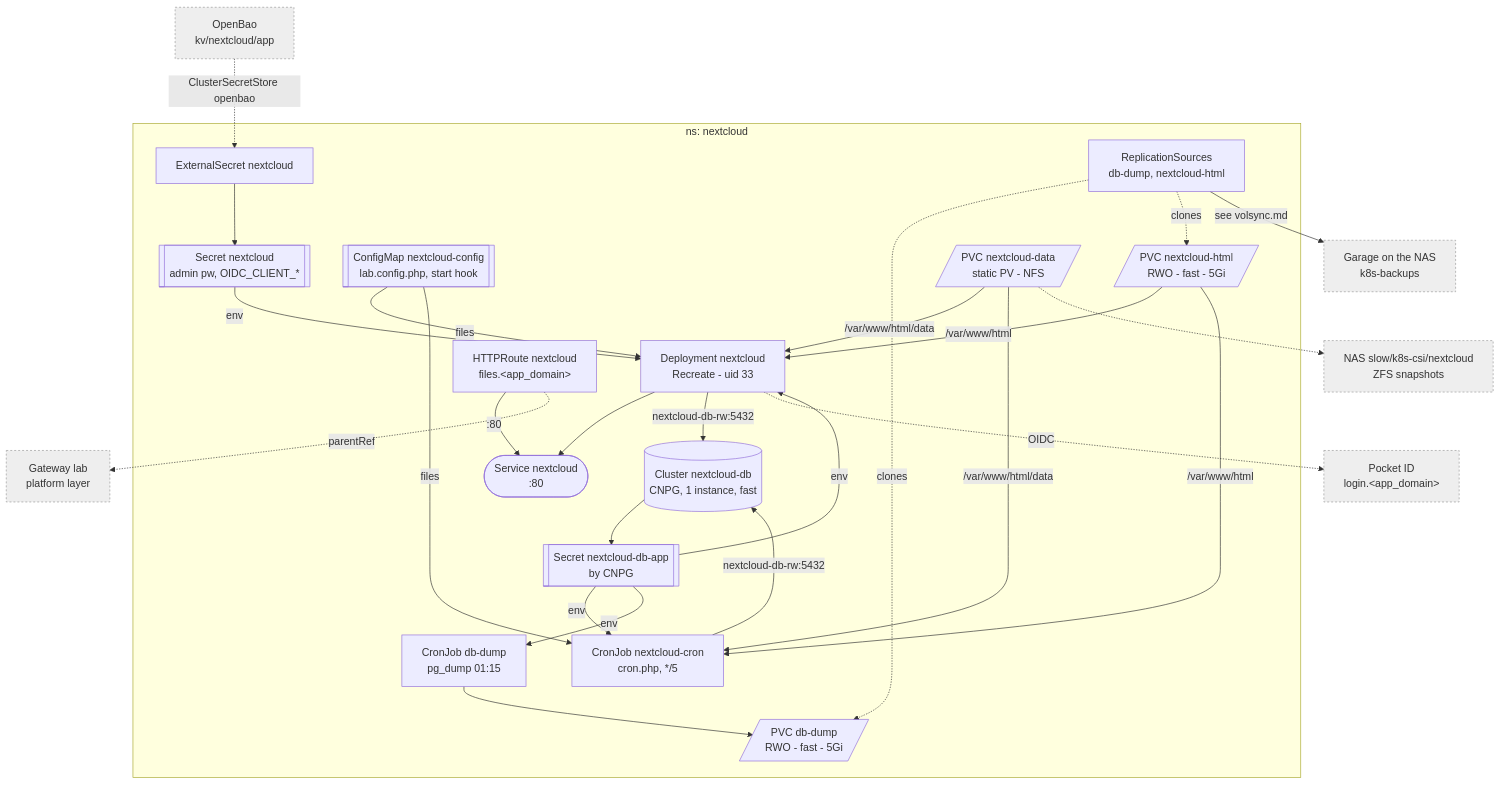
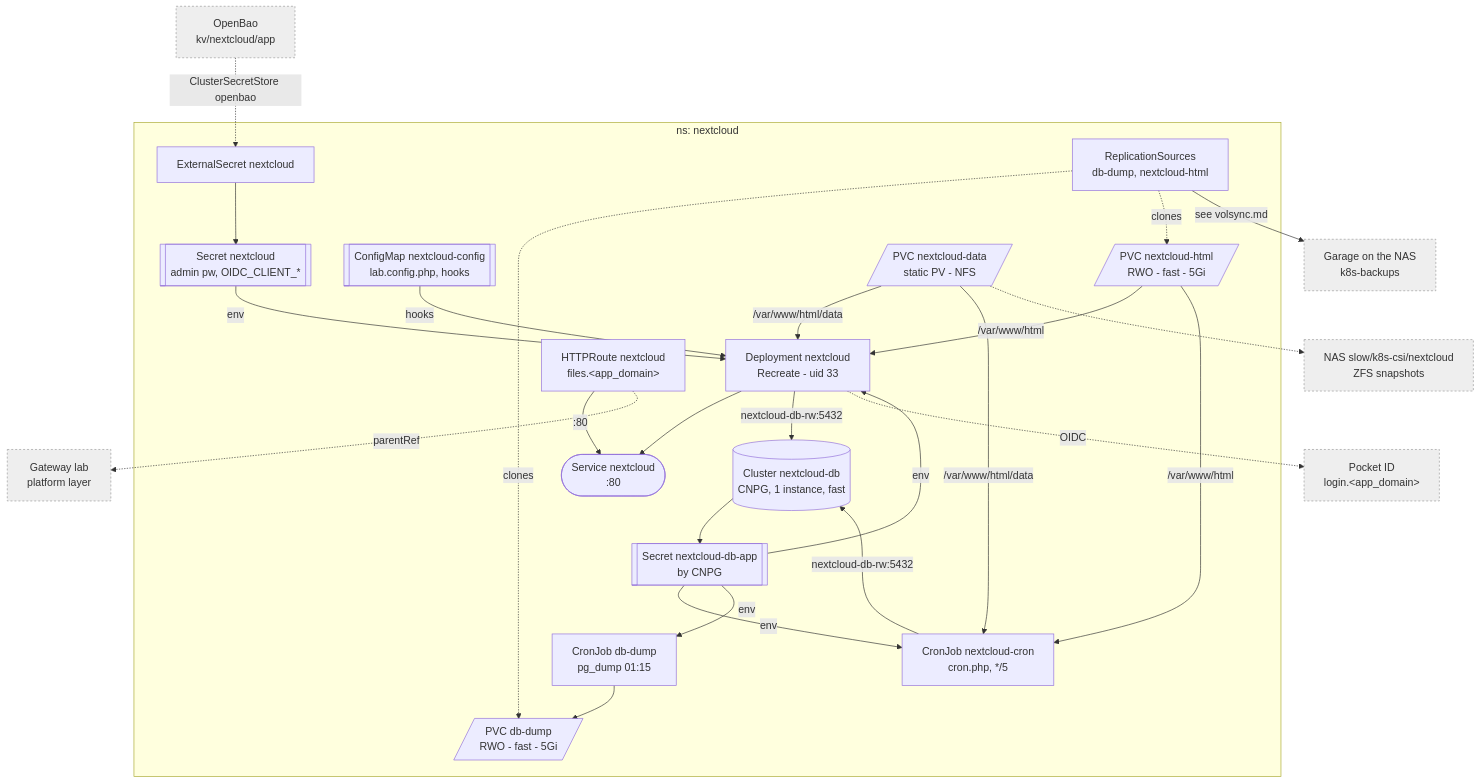
The diagram in docs/nextcloud.md (Sojamann/homelab-apps), drawn with Mermaid before and after one commit. The commit also changed other lines of this file and 4 other files, not shown here.

Commit message:
fix(nextcloud): copy lab.config.php via hook instead of subPath mount

````diff
--- a/docs/nextcloud.md
+++ b/docs/nextcloud.md
@@ -7,31 +7,31 @@
 ```mermaid
 graph TD
   subgraph nc["ns: nextcloud"]
     ES["ExternalSecret nextcloud"] --> SEC[["Secret nextcloud<br/>admin pw, OIDC_CLIENT_*"]]
-    CM[["ConfigMap nextcloud-config<br/>lab.config.php, start hook"]]
+    CM[["ConfigMap nextcloud-config<br/>lab.config.php, hooks"]]
     SRV["Deployment nextcloud<br/>Recreate - uid 33"]
     CRON["CronJob nextcloud-cron<br/>cron.php, */5"]
     SVC(["Service nextcloud<br/>:80"])
     SRV --> SVC
     SEC -->|env| SRV
-    CM -->|files| SRV & CRON
+    CM -->|hooks| SRV
     HTML[/"PVC nextcloud-html<br/>RWO - fast - 5Gi"/] -->|/var/www/html| SRV & CRON
     DATA[/"PVC nextcloud-data<br/>static PV - NFS"/] -->|/var/www/html/data| SRV & CRON
     DB[("Cluster nextcloud-db<br/>CNPG, 1 instance, fast")]
     DBS[["Secret nextcloud-db-app<br/>by CNPG"]]
     DB --> DBS -->|env| SRV & CRON & DUMP
     SRV & CRON -->|nextcloud-db-rw:5432| DB
     DUMP["CronJob db-dump<br/>pg_dump 01:15"] --> DUMPV[/"PVC db-dump<br/>RWO - fast - 5Gi"/]
     RS["ReplicationSources<br/>db-dump, nextcloud-html"] -.->|clones| DUMPV & HTML
     HR["HTTPRoute nextcloud<br/>files.&lt;app_domain&gt;"] -->|:80| SVC
   end
 
   HR -.->|parentRef| GW["Gateway lab<br/>platform layer"]
   BAO["OpenBao<br/>kv/nextcloud/app"] -.->|ClusterSecretStore openbao| ES
   SRV -.->|OIDC| PID["Pocket ID<br/>login.&lt;app_domain&gt;"]
   RS -->|see volsync.md| GA["Garage on the NAS<br/>k8s-backups"]
   DATA -.-> NAS["NAS slow/k8s-csi/nextcloud<br/>ZFS snapshots"]
 
   classDef ext fill:#eee,stroke:#999,stroke-dasharray:3 3;
   class GW,BAO,PID,GA,NAS ext;
 ```
````
